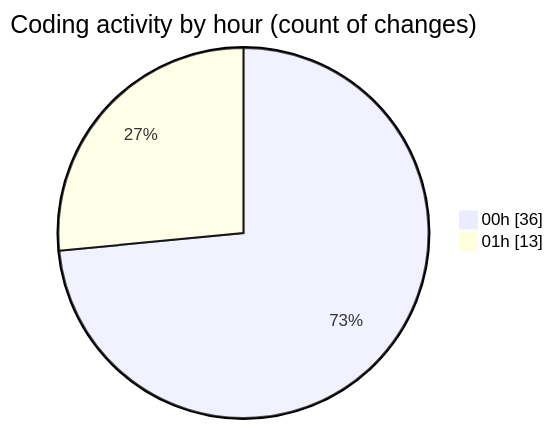
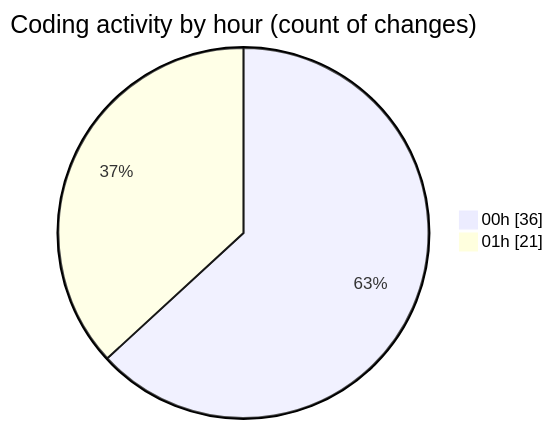
The second of 2 diagrams in 2025-05-04/houserentalservice/README.md (Ritupan-Deka/code-tracking), drawn with Mermaid before and after one commit. The commit also changed other lines of this file and 1 other file, not shown here.

````diff
--- a/2025-05-04/houserentalservice/README.md
+++ b/2025-05-04/houserentalservice/README.md
@@ -63,6 +63,6 @@
 ```mermaid
 pie showData
 title Coding activity by hour (count of changes)
 "00h" : 36
-"01h" : 13
+"01h" : 21
 ```
````
